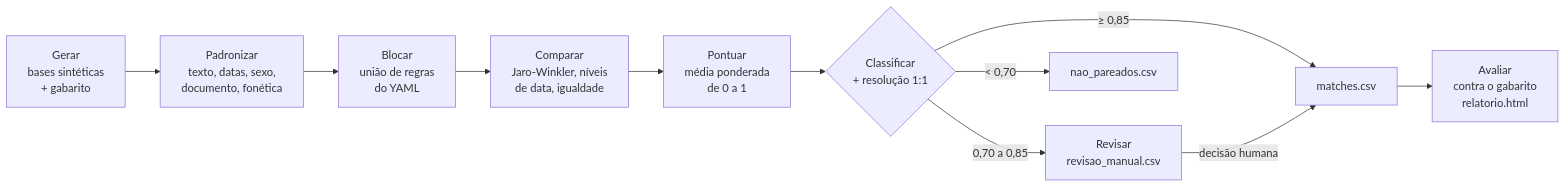
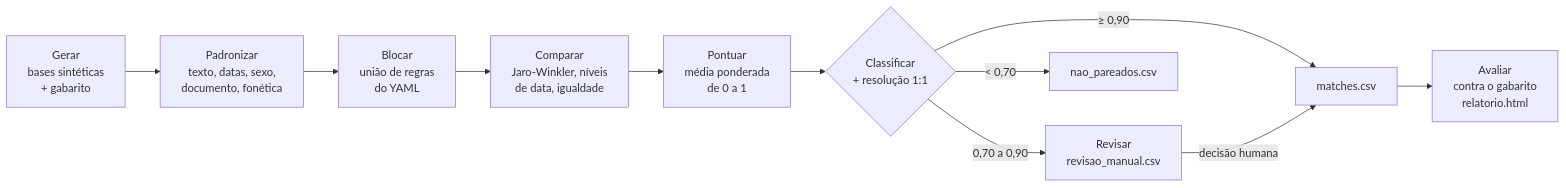
One commit to agdala/record-linkage-kit changed the diagram in README.md. Above: the diagram before and after it, drawn with Mermaid. The commit also changed other lines of this file and 1 other file, not shown here.

````diff
--- a/README.md
+++ b/README.md
@@ -39,13 +39,13 @@
 ```mermaid
 flowchart LR
     G[Gerar<br/>bases sintéticas<br/>+ gabarito] --> P[Padronizar<br/>texto, datas, sexo,<br/>documento, fonética]
     P --> B[Blocar<br/>união de regras<br/>do YAML]
     B --> C[Comparar<br/>Jaro-Winkler, níveis<br/>de data, igualdade]
     C --> S[Pontuar<br/>média ponderada<br/>de 0 a 1]
     S --> K{Classificar<br/>+ resolução 1:1}
-    K -->|≥ 0,85| M[matches.csv]
-    K -->|0,70 a 0,85| R[Revisar<br/>revisao_manual.csv]
+    K -->|≥ 0,90| M[matches.csv]
+    K -->|0,70 a 0,90| R[Revisar<br/>revisao_manual.csv]
     K -->|< 0,70| N[nao_pareados.csv]
     R -->|decisão humana| M
     M --> E[Avaliar<br/>contra o gabarito<br/>relatorio.html]
 ```
````
